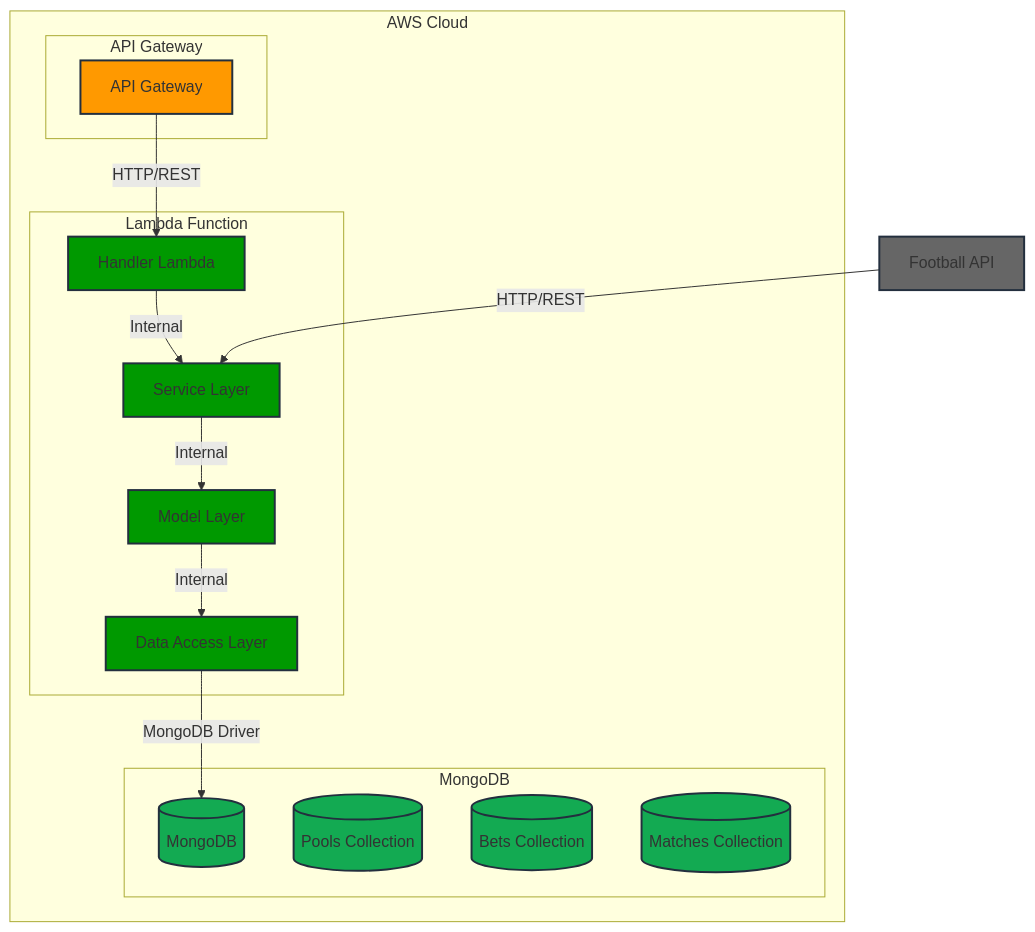
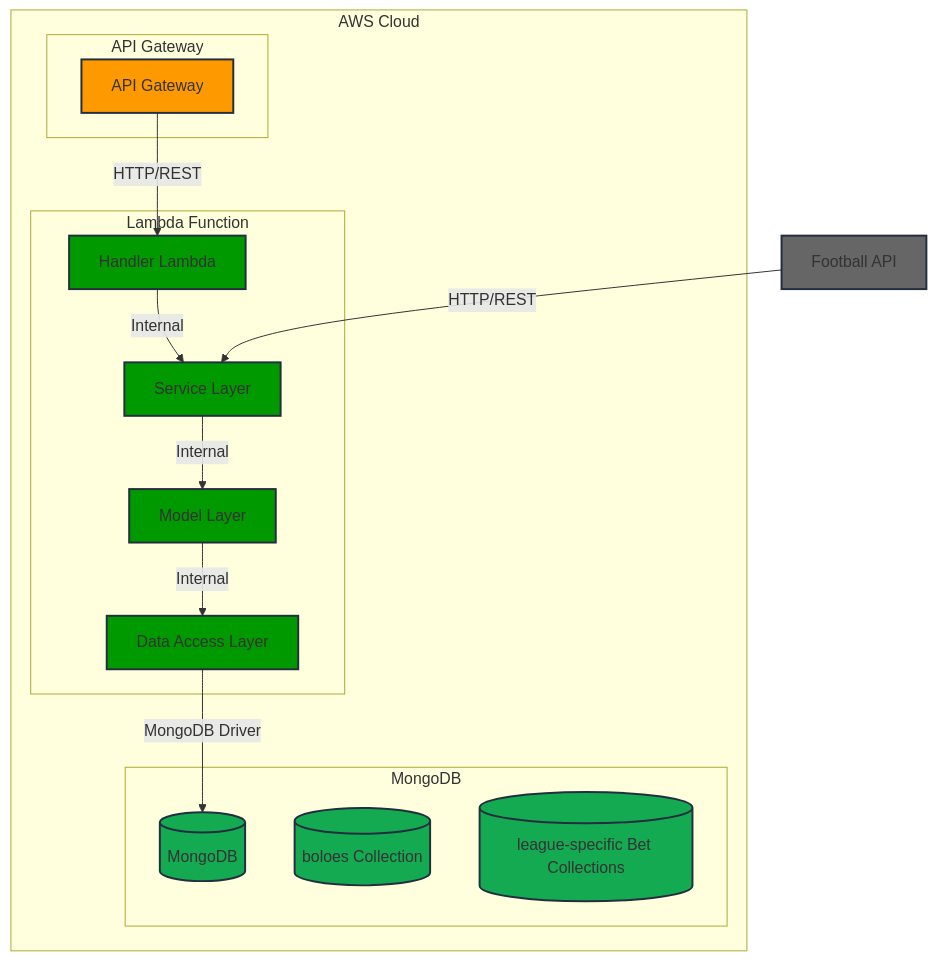
The first of 2 diagrams in docs/01-architecture.md (marcosmoraes/craque-create-bets-bolao), drawn with Mermaid before and after one commit. The commit also changed other lines of this file, not shown here.

Commit message:
docs: add sequence diagram

````diff
--- a/docs/01-architecture.md
+++ b/docs/01-architecture.md
@@ -9,46 +9,45 @@
 ```mermaid
 graph TB
     subgraph "AWS Cloud"
         subgraph "API Gateway"
             APIG[API Gateway]
         end
 
         subgraph "Lambda Function"
             Handler[Handler Lambda]
             Service[Service Layer]
             Model[Model Layer]
             DataAccess[Data Access Layer]
         end
 
         subgraph "MongoDB"
             Mongo[(MongoDB)]
-            Pools[(Pools Collection)]
-            Bets[(Bets Collection)]
-            Matches[(Matches Collection)]
+            Boloes[(boloes Collection)]
+            Bets[(league-specific Bet Collections)]
         end
     end
 
     %% External Services
     FootballAPI[Football API]
 
     %% Connections
     APIG -->|HTTP/REST| Handler
     Handler -->|Internal| Service
     Service -->|Internal| Model
     Model -->|Internal| DataAccess
     DataAccess -->|MongoDB Driver| Mongo
     
     %% External Connections
     FootballAPI -->|HTTP/REST| Service
 
     %% Styling
     classDef aws fill:#FF9900,stroke:#232F3E,stroke-width:2px;
     classDef lambda fill:#009900,stroke:#232F3E,stroke-width:2px;
     classDef db fill:#13aa52,stroke:#232F3E,stroke-width:2px;
     classDef external fill:#666666,stroke:#232F3E,stroke-width:2px;
 
     class APIG aws;
     class Handler,Service,Model,DataAccess lambda;
-    class Mongo,Pools,Bets,Matches db;
+    class Mongo,Boloes,Bets db;
     class FootballAPI external;
 ```
````
